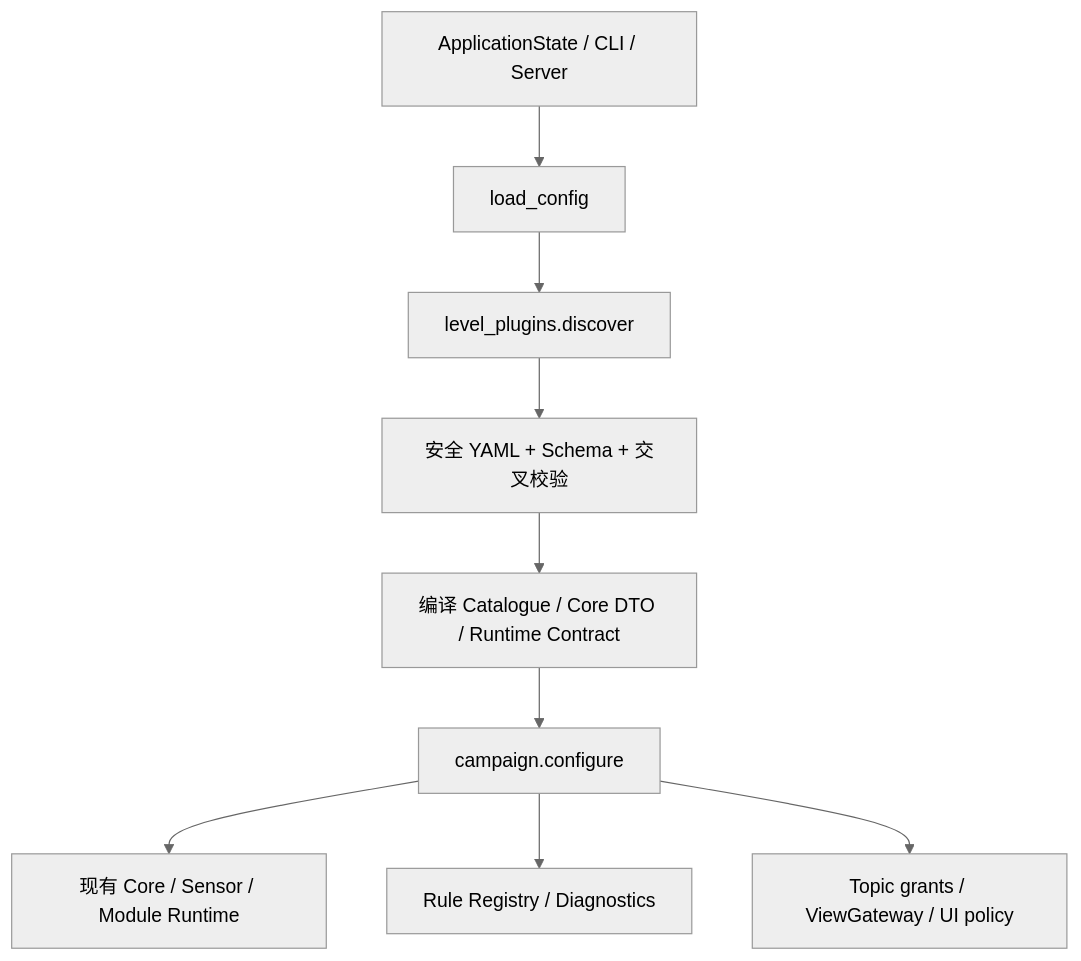
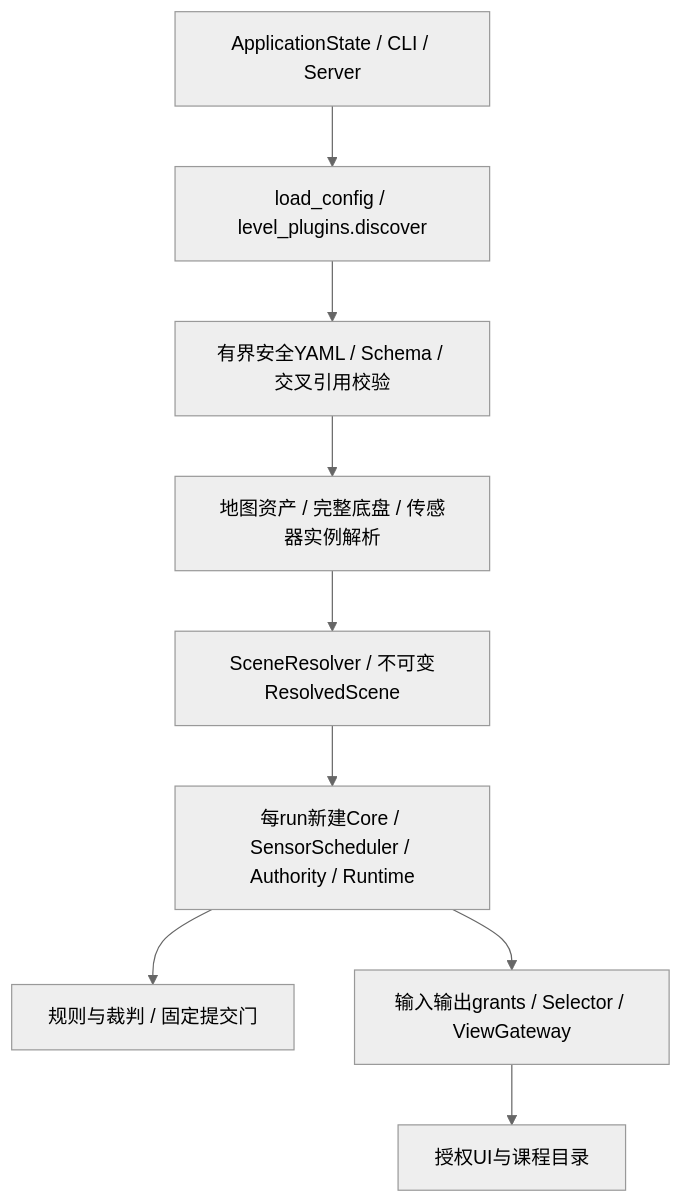
Before and after one commit to Yangyongyu0506/TankBot: the diagram in docs/27_LEVEL_PLUGIN_ARCHITECTURE.md, drawn with Mermaid (neutral theme). The commit also changed other lines of this file and 44 other files, not shown here.

````diff
--- a/docs/27_LEVEL_PLUGIN_ARCHITECTURE.md
+++ b/docs/27_LEVEL_PLUGIN_ARCHITECTURE.md
@@ -49,11 +25,11 @@
 ```mermaid
 flowchart TD
-    A[ApplicationState / CLI / Server] --> B[load_config]
-    B --> C[level_plugins.discover]
-    C --> D[安全 YAML + Schema + 交叉校验]
-    D --> E[编译 Catalogue / Core DTO / Runtime Contract]
-    E --> F[campaign.configure]
-    F --> G[现有 Core / Sensor / Module Runtime]
-    F --> H[Rule Registry / Diagnostics]
-    F --> I[Topic grants / ViewGateway / UI policy]
+    A[ApplicationState / CLI / Server] --> B[load_config / level_plugins.discover]
+    B --> C[有界安全YAML / Schema / 交叉引用校验]
+    C --> D[地图资产 / 完整底盘 / 传感器实例解析]
+    D --> E[SceneResolver / 不可变ResolvedScene]
+    E --> F[每run新建Core / SensorScheduler / Authority / Runtime]
+    F --> G[规则与裁判 / 固定提交门]
+    F --> H[输入输出grants / Selector / ViewGateway]
+    H --> I[授权UI与课程目录]
 ```
````
